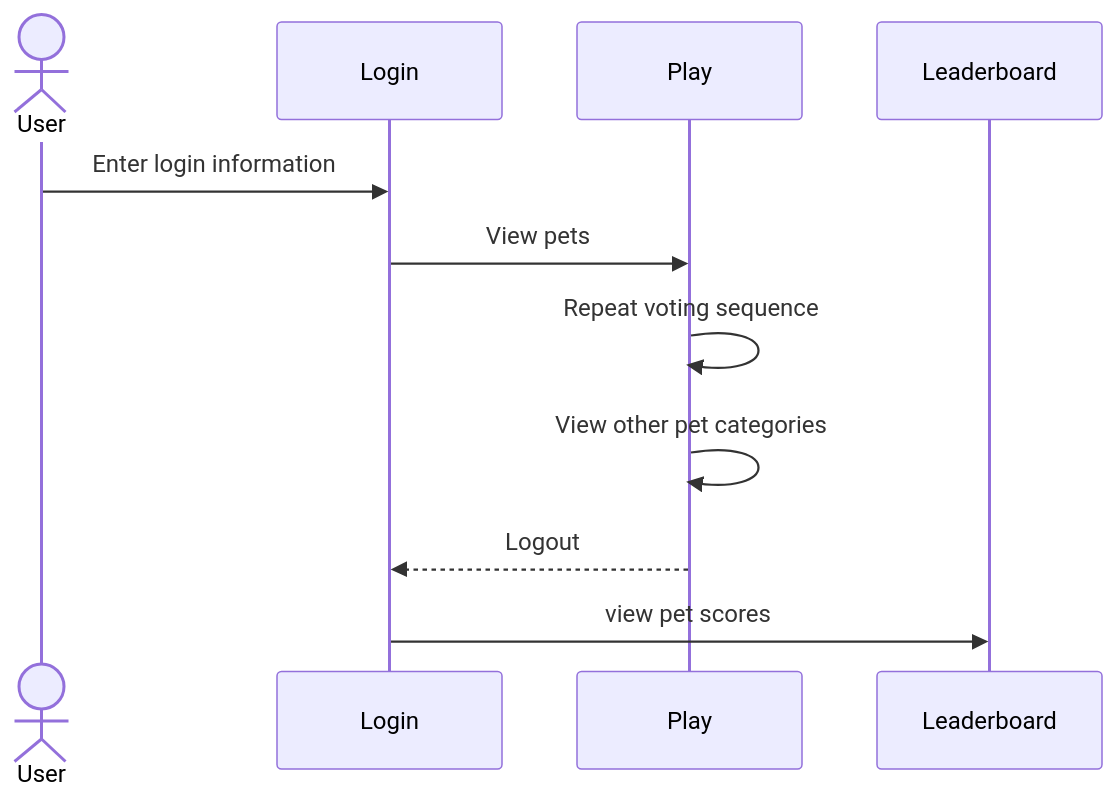
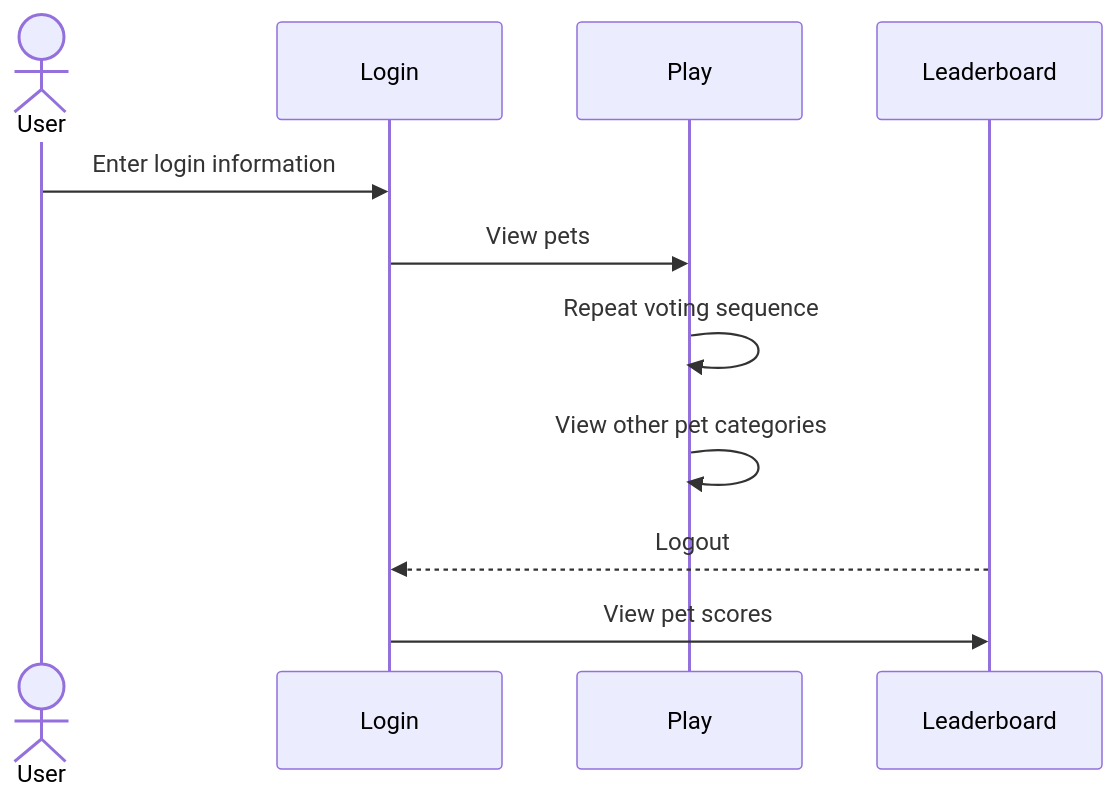
The diagram in README.md (chm06/Startup), drawn with Mermaid before and after one commit. The commit also changed other lines of this file, not shown here.

Commit message:
Update specification

````diff
--- a/README.md
+++ b/README.md
@@ -25,10 +25,10 @@
 ```mermaid
 sequenceDiagram
     actor User
     User->>Login: Enter login information
     Login->>Play: View pets
     Play->>Play: Repeat voting sequence
     Play->>Play: View other pet categories
-    Play-->>Login: Logout
-    Login->>Leaderboard: view pet scores
+    Leaderboard-->>Login: Logout
+    Login->>Leaderboard: View pet scores
 ```
````
